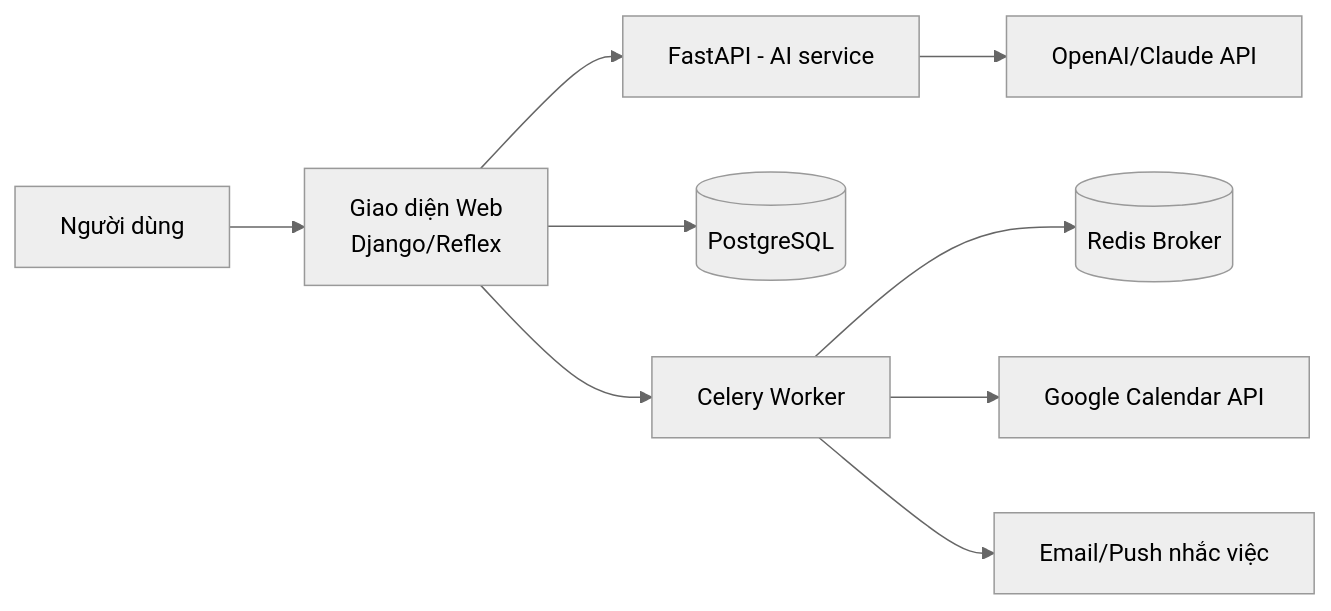
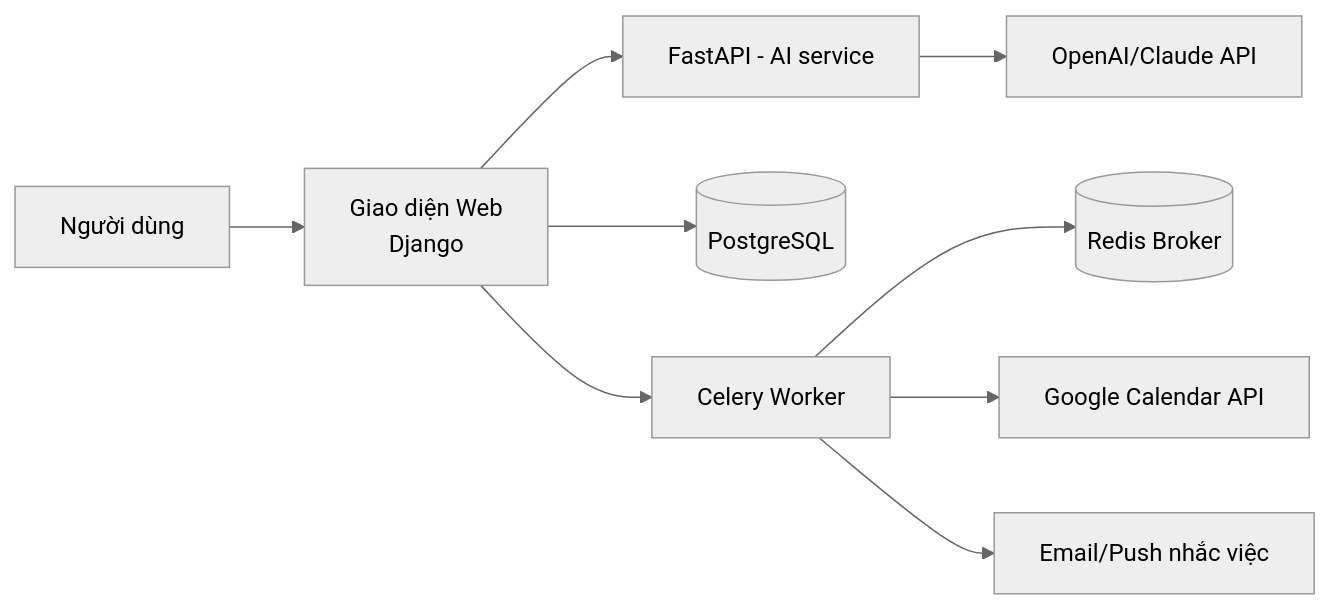
Before and after one commit to trancuong211/StudyFlow: the diagram in README.md, drawn with Mermaid (neutral theme). The commit also changed other lines of this file and 93 other files, not shown here.

````diff
--- a/README.md
+++ b/README.md
@@ -36,11 +36,11 @@
 ```mermaid
 flowchart LR
-    U[Người dùng] --> FE[Giao diện Web<br/>Django/Reflex]
+    U[Người dùng] --> FE[Giao diện Web<br/>Django]
     FE --> API[FastAPI - AI service]
     FE --> DB[(PostgreSQL)]
     FE --> Q[Celery Worker]
     Q --> Redis[(Redis Broker)]
     Q --> GCal[Google Calendar API]
     API --> LLM[OpenAI/Claude API]
     Q --> Notify[Email/Push nhắc việc]
 ```
````
